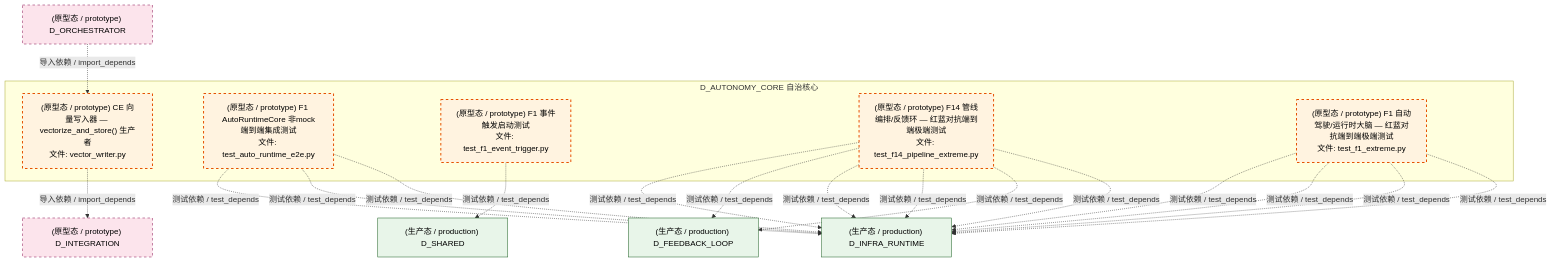
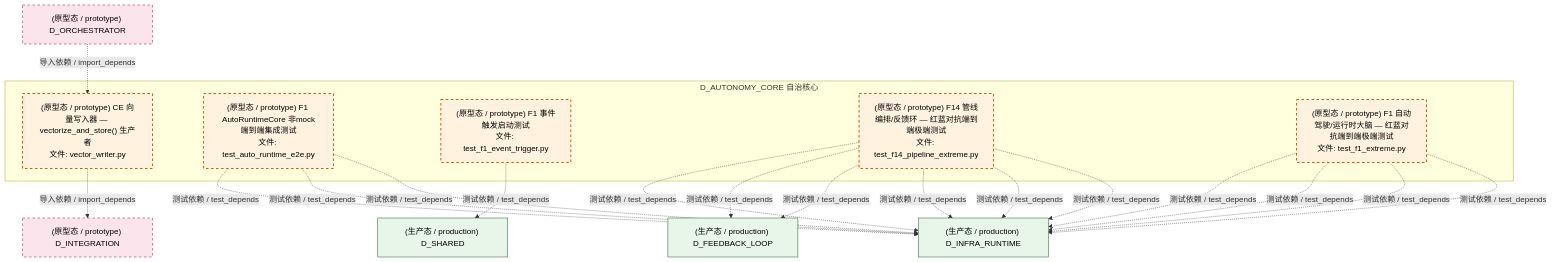
The seventh of 8 diagrams in docs/02_enterprise_architecture/02_domain_architecture_docs/07_d_autonomy_core.md (xuanFelixVan/ZephyrAlpha), drawn with Mermaid before and after one commit. The commit also changed other lines of this file and 111 other files, not shown here.

````diff
--- a/docs/02_enterprise_architecture/02_domain_architecture_docs/07_d_autonomy_core.md
+++ b/docs/02_enterprise_architecture/02_domain_architecture_docs/07_d_autonomy_core.md
@@ -743,38 +744,38 @@
 ```mermaid
 graph TD
     subgraph D_AUTONOMY_CORE["D_AUTONOMY_CORE 自治核心"]
         src_zephyr_integration_vector_memory_vector_writer_py["(原型态 / prototype) CE 向量写入器 — vectorize_and_store() 生产者<br/>文件: vector_writer.py"]
         tests_automation_test_auto_runtime_e2e_py["(原型态 / prototype) F1 AutoRuntimeCore 非mock端到端集成测试<br/>文件: test_auto_runtime_e2e.py"]
         tests_f_lifecycle_test_f1_event_trigger_py["(原型态 / prototype) F1 事件触发启动测试<br/>文件: test_f1_event_trigger.py"]
         tests_trading_extreme_test_f14_pipeline_extreme_py["(原型态 / prototype) F14 管线编排/反馈环 — 红蓝对抗端到端极端测试<br/>文件: test_f14_pipeline_extreme.py"]
         tests_trading_extreme_test_f1_extreme_py["(原型态 / prototype) F1 自动驾驶/运行时大脑 — 红蓝对抗端到端极端测试<br/>文件: test_f1_extreme.py"]
     end
-    D_INFRA_RUNTIME["(生产态 / production) D_INFRA_RUNTIME"]
-    tests_automation_test_auto_runtime_e2e_py -.->|测试依赖 / test_depends| D_INFRA_RUNTIME
-    tests_trading_extreme_test_f14_pipeline_extreme_py -.->|测试依赖 / test_depends| D_INFRA_RUNTIME
-    D_FEEDBACK_LOOP["(生产态 / production) D_FEEDBACK_LOOP"]
-    tests_trading_extreme_test_f14_pipeline_extreme_py -.->|测试依赖 / test_depends| D_FEEDBACK_LOOP
     D_SHARED["(生产态 / production) D_SHARED"]
     tests_f_lifecycle_test_f1_event_trigger_py -.->|测试依赖 / test_depends| D_SHARED
-    tests_trading_extreme_test_f14_pipeline_extreme_py -.->|测试依赖 / test_depends| D_INFRA_RUNTIME
-    tests_trading_extreme_test_f1_extreme_py -.->|测试依赖 / test_depends| D_INFRA_RUNTIME
+    D_INFRA_RUNTIME["(生产态 / production) D_INFRA_RUNTIME"]
     tests_trading_extreme_test_f1_extreme_py -.->|测试依赖 / test_depends| D_INFRA_RUNTIME
     D_INTEGRATION["(原型态 / prototype) D_INTEGRATION"]
     src_zephyr_integration_vector_memory_vector_writer_py -.->|导入依赖 / import_depends| D_INTEGRATION
     tests_trading_extreme_test_f14_pipeline_extreme_py -.->|测试依赖 / test_depends| D_INFRA_RUNTIME
+    tests_automation_test_auto_runtime_e2e_py -.->|测试依赖 / test_depends| D_INFRA_RUNTIME
+    tests_automation_test_auto_runtime_e2e_py -.->|测试依赖 / test_depends| D_INFRA_RUNTIME
     tests_trading_extreme_test_f1_extreme_py -.->|测试依赖 / test_depends| D_INFRA_RUNTIME
+    tests_trading_extreme_test_f14_pipeline_extreme_py -.->|测试依赖 / test_depends| D_INFRA_RUNTIME
+    tests_trading_extreme_test_f14_pipeline_extreme_py -.->|测试依赖 / test_depends| D_INFRA_RUNTIME
+    tests_trading_extreme_test_f1_extreme_py -.->|测试依赖 / test_depends| D_INFRA_RUNTIME
+    D_FEEDBACK_LOOP["(生产态 / production) D_FEEDBACK_LOOP"]
+    tests_trading_extreme_test_f14_pipeline_extreme_py -.->|测试依赖 / test_depends| D_FEEDBACK_LOOP
+    tests_trading_extreme_test_f14_pipeline_extreme_py -.->|测试依赖 / test_depends| D_FEEDBACK_LOOP
     tests_automation_test_auto_runtime_e2e_py -.->|测试依赖 / test_depends| D_INFRA_RUNTIME
-    tests_trading_extreme_test_f14_pipeline_extreme_py -.->|测试依赖 / test_depends| D_FEEDBACK_LOOP
     tests_trading_extreme_test_f14_pipeline_extreme_py -.->|测试依赖 / test_depends| D_INFRA_RUNTIME
-    tests_automation_test_auto_runtime_e2e_py -.->|测试依赖 / test_depends| D_INFRA_RUNTIME
     tests_trading_extreme_test_f1_extreme_py -.->|测试依赖 / test_depends| D_INFRA_RUNTIME
     D_ORCHESTRATOR["(原型态 / prototype) D_ORCHESTRATOR"]
     D_ORCHESTRATOR -.->|导入依赖 / import_depends| src_zephyr_integration_vector_memory_vector_writer_py
     classDef production fill:#e1f5fe,stroke:#01579b,stroke-width:2px,color:#000
     classDef design fill:#fff3e0,stroke:#e65100,stroke-width:2px,color:#000,stroke-dasharray: 5 5
     classDef external_prod fill:#e8f5e9,stroke:#1b5e20,stroke-width:1px,color:#000
     classDef external_design fill:#fce4ec,stroke:#880e4f,stroke-width:1px,color:#000,stroke-dasharray: 5 5
     class src_zephyr_integration_vector_memory_vector_writer_py,tests_automation_test_auto_runtime_e2e_py,tests_f_lifecycle_test_f1_event_trigger_py,tests_trading_extreme_test_f14_pipeline_extreme_py,tests_trading_extreme_test_f1_extreme_py design
-    class D_INFRA_RUNTIME,D_FEEDBACK_LOOP,D_SHARED external_prod
+    class D_SHARED,D_INFRA_RUNTIME,D_FEEDBACK_LOOP external_prod
     class D_INTEGRATION,D_ORCHESTRATOR external_design
 ```
````
